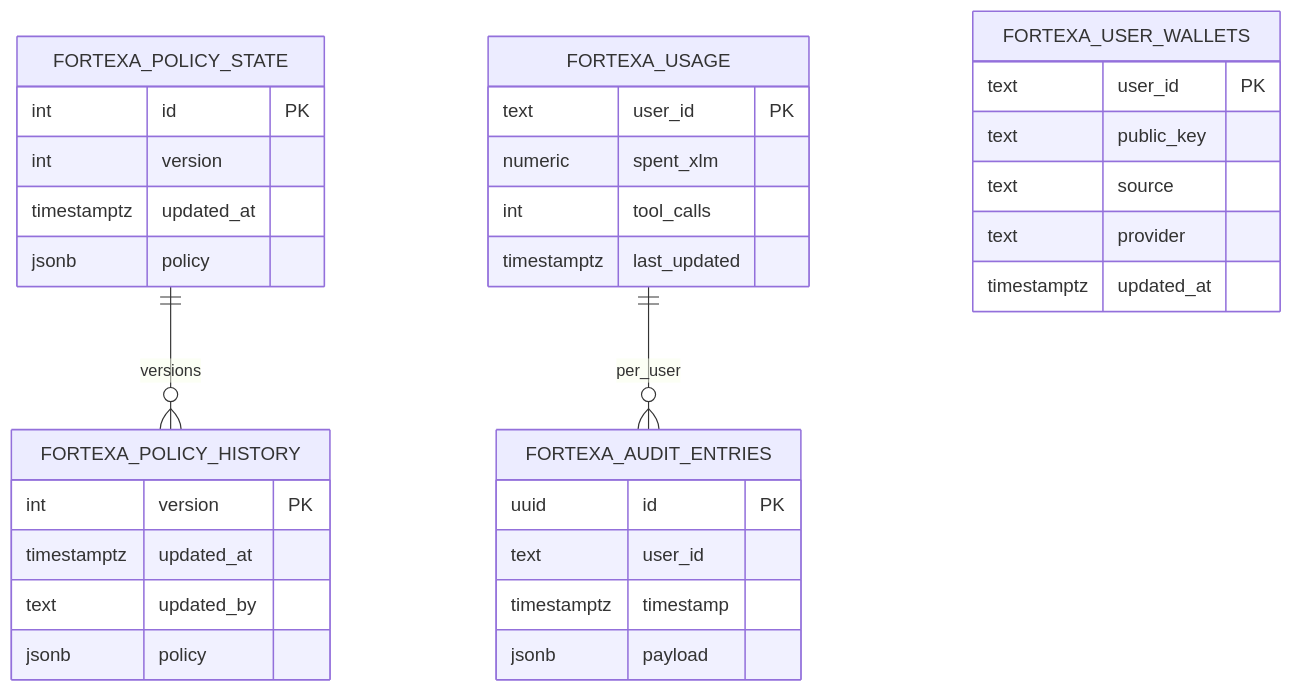
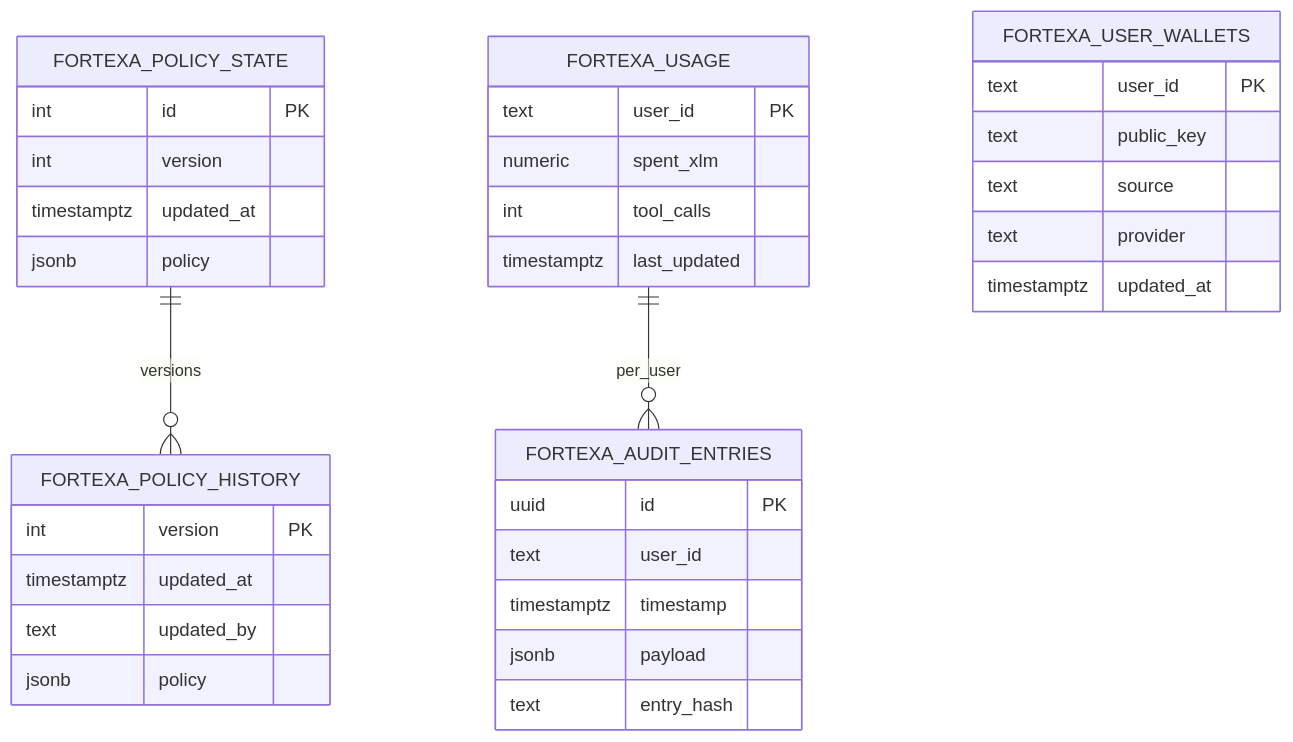
The fifth of 6 diagrams in ARCHITECTURE.md (karagozemin/Fortexa), drawn with Mermaid before and after one commit. The commit also changed other lines of this file and 7 other files, not shown here.

````diff
--- a/ARCHITECTURE.md
+++ b/ARCHITECTURE.md
@@ -219,41 +219,42 @@
 ```mermaid
 erDiagram
   FORTEXA_POLICY_STATE ||--o{ FORTEXA_POLICY_HISTORY : versions
   FORTEXA_USAGE ||--o{ FORTEXA_AUDIT_ENTRIES : per_user
 
   FORTEXA_POLICY_STATE {
     int id PK
     int version
     timestamptz updated_at
     jsonb policy
   }
 
   FORTEXA_POLICY_HISTORY {
     int version PK
     timestamptz updated_at
     text updated_by
     jsonb policy
   }
 
   FORTEXA_USAGE {
     text user_id PK
     numeric spent_xlm
     int tool_calls
     timestamptz last_updated
   }
 
   FORTEXA_AUDIT_ENTRIES {
     uuid id PK
     text user_id
     timestamptz timestamp
     jsonb payload
+    text entry_hash
   }
 
   FORTEXA_USER_WALLETS {
     text user_id PK
     text public_key
     text source
     text provider
     timestamptz updated_at
   }
 ```
````
